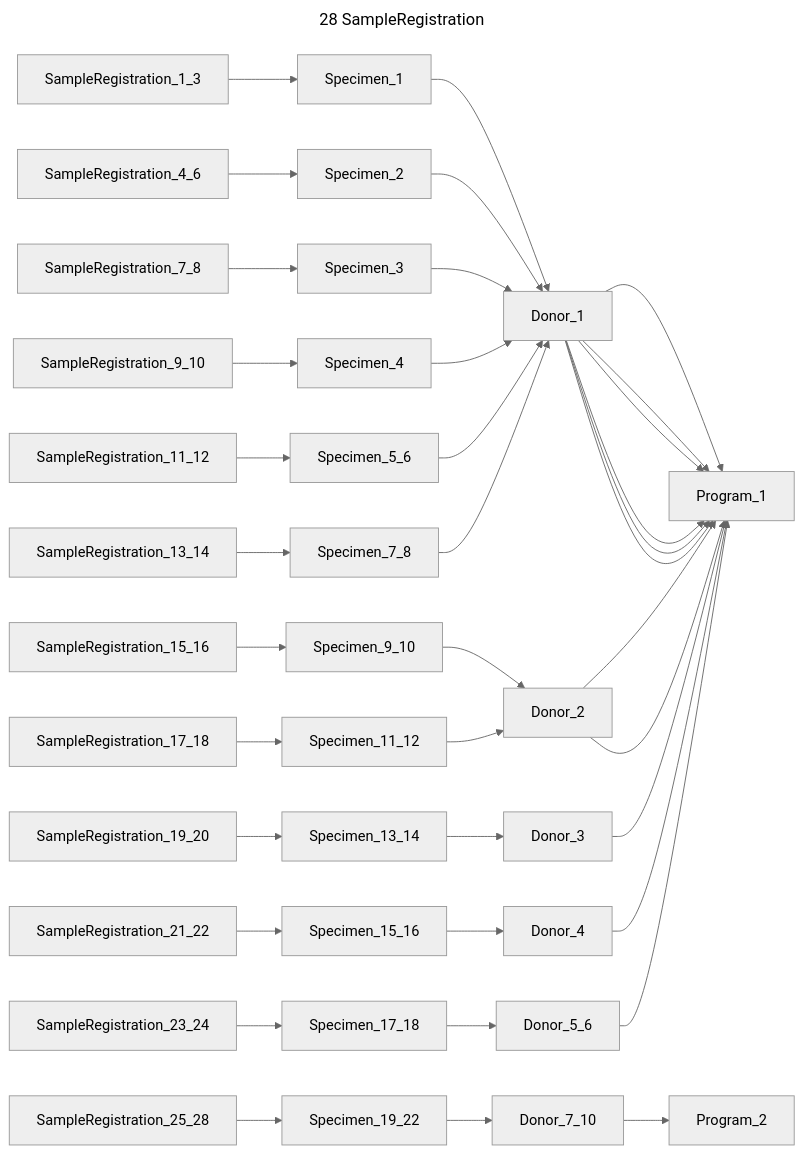
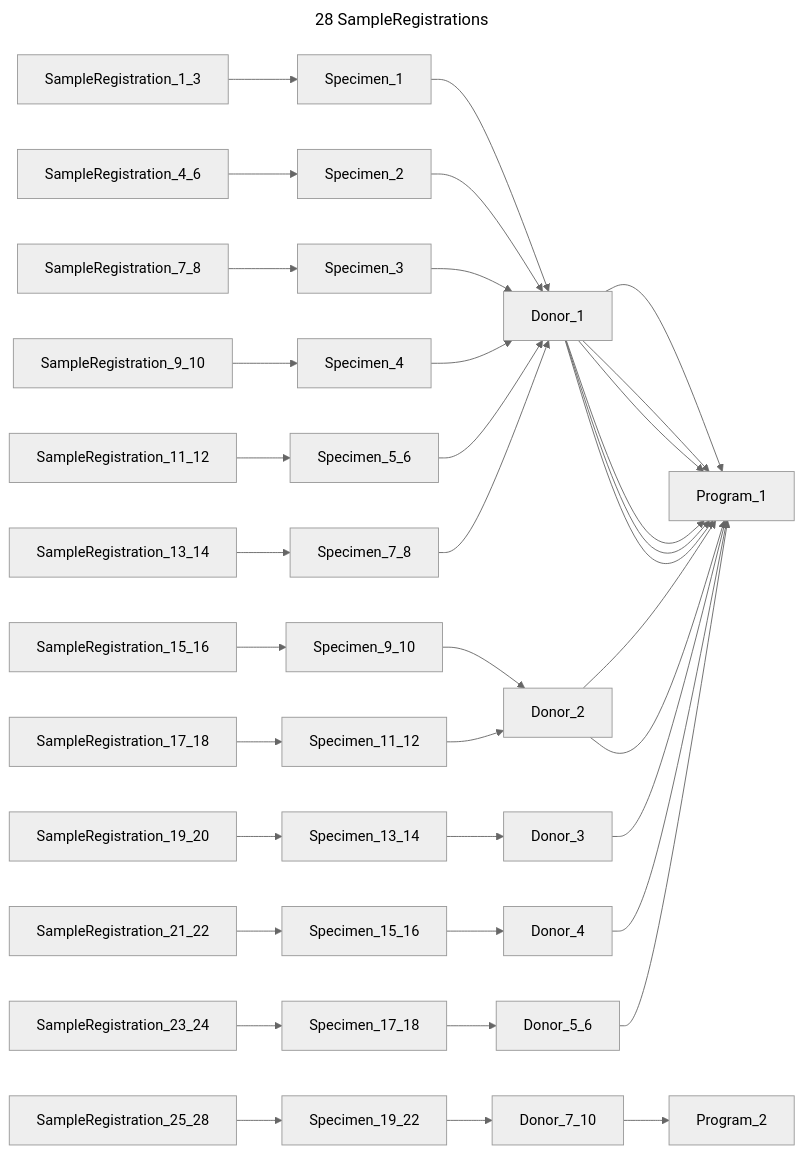
One commit to bento-platform/katsu changed the fourth of 13 diagrams in chord_metadata_service/mohpackets/data/small_dataset/README.md. Above: the diagram before and after it, drawn with Mermaid (neutral theme). The commit also changed other lines of this file, not shown here.

````diff
--- a/chord_metadata_service/mohpackets/data/small_dataset/README.md
+++ b/chord_metadata_service/mohpackets/data/small_dataset/README.md
@@ -148,18 +49,18 @@
 ```mermaid
 ---
-title: 28 SampleRegistration
+title: 28 SampleRegistrations
 ---
 graph LR;  
   SampleRegistration_1_3 --> Specimen_1 --> Donor_1 --> Program_1;  
   SampleRegistration_4_6 --> Specimen_2 --> Donor_1 --> Program_1;  
   SampleRegistration_7_8 --> Specimen_3 --> Donor_1 --> Program_1;  
   SampleRegistration_9_10 --> Specimen_4 --> Donor_1 --> Program_1;  
   SampleRegistration_11_12 --> Specimen_5_6 --> Donor_1 --> Program_1;  
   SampleRegistration_13_14 --> Specimen_7_8 --> Donor_1 --> Program_1;  
   SampleRegistration_15_16 --> Specimen_9_10 --> Donor_2 --> Program_1;  
   SampleRegistration_17_18 --> Specimen_11_12 --> Donor_2 --> Program_1;  
   SampleRegistration_19_20 --> Specimen_13_14 --> Donor_3 --> Program_1;  
   SampleRegistration_21_22 --> Specimen_15_16 --> Donor_4 --> Program_1;  
   SampleRegistration_23_24 --> Specimen_17_18 --> Donor_5_6 --> Program_1;  
   SampleRegistration_25_28 --> Specimen_19_22 --> Donor_7_10 --> Program_2;
 ```
````
